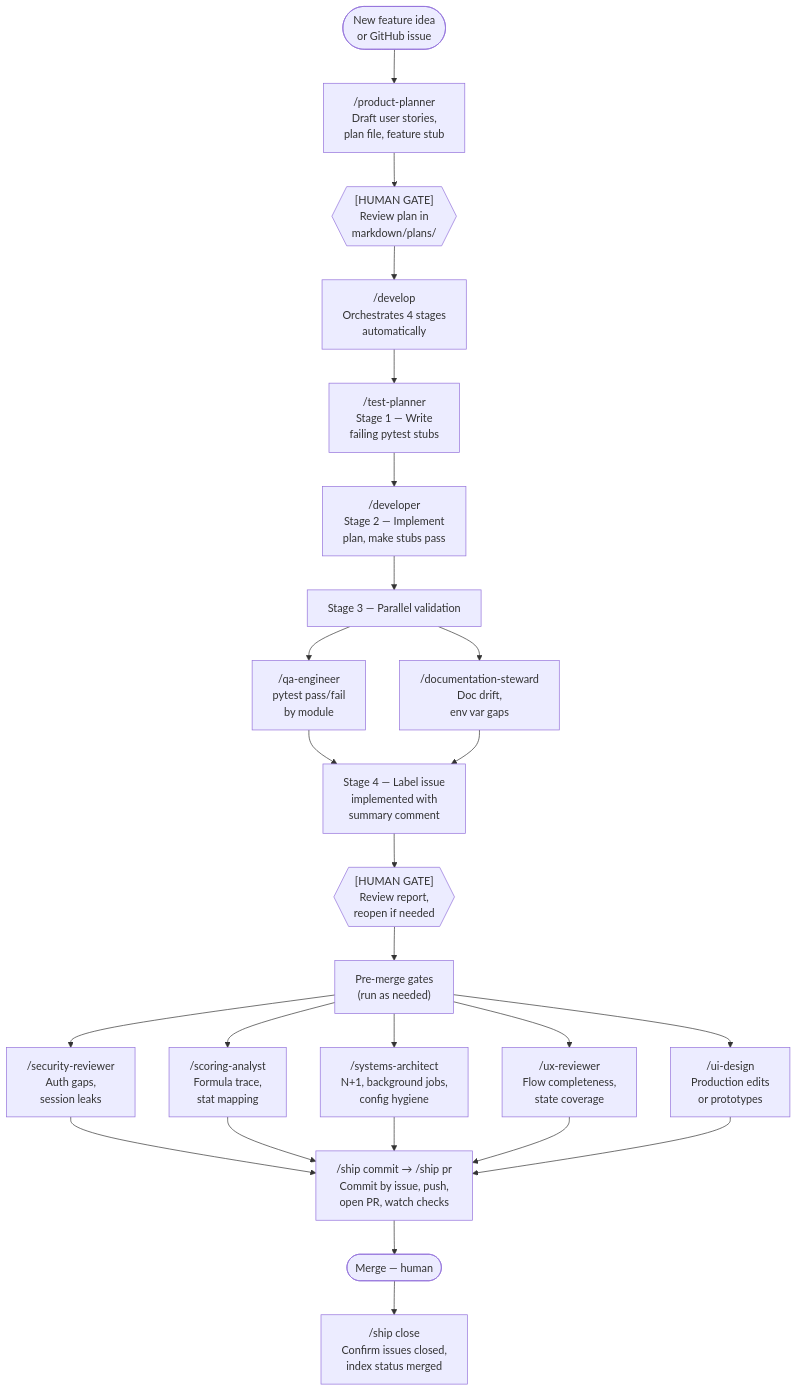
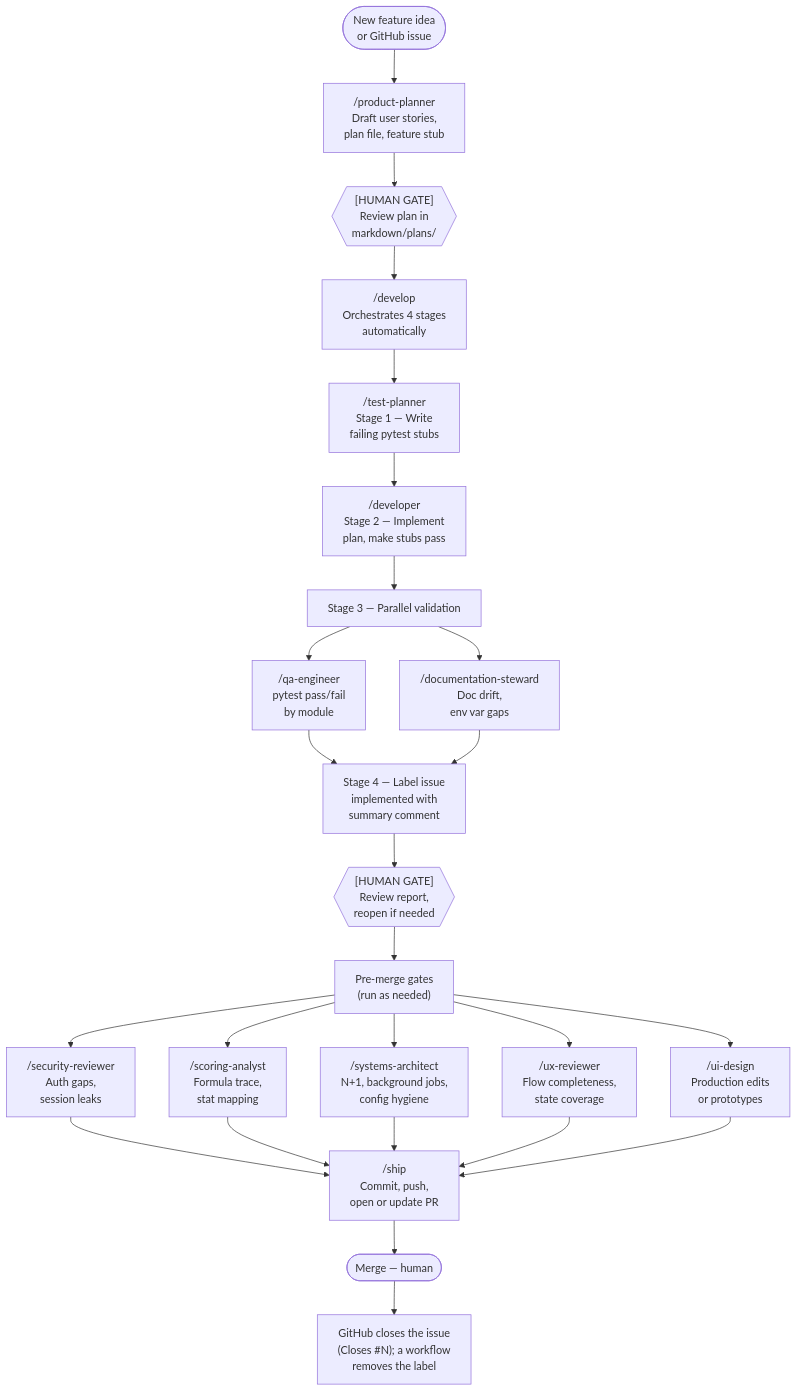
One commit to ville-solja/FantasyLeague changed the diagram in .claude/commands/README.md. Above: the diagram before and after it, drawn with Mermaid. The commit also changed other lines of this file and 25 other files, not shown here.

````diff
--- a/.claude/commands/README.md
+++ b/.claude/commands/README.md
@@ -20,64 +20,64 @@
 ```mermaid
 flowchart TD
     IDEA([New feature idea\nor GitHub issue])
 
     PLAN["/product-planner\nDraft user stories,\nplan file, feature stub"]
 
     REVIEW_PLAN{{"[HUMAN GATE]\nReview plan in\nmarkdown/plans/"}}
 
     DEVELOP["/develop\nOrchestrates 4 stages\nautomatically"]
 
     STUBS["/test-planner\nStage 1 — Write\nfailing pytest stubs"]
 
     IMPL["/developer\nStage 2 — Implement\nplan, make stubs pass"]
 
     VALID["Stage 3 — Parallel validation"]
 
     QA["/qa-engineer\npytest pass/fail\nby module"]
 
     DOCS["/documentation-steward\nDoc drift,\nenv var gaps"]
 
     CLOSE["Stage 4 — Label issue\nimplemented with\nsummary comment"]
 
     REVIEW_CODE{{"[HUMAN GATE]\nReview report,\nreopen if needed"}}
 
     GATES["Pre-merge gates\n(run as needed)"]
 
     SEC["/security-reviewer\nAuth gaps,\nsession leaks"]
 
     SCORE["/scoring-analyst\nFormula trace,\nstat mapping"]
 
     ARCH["/systems-architect\nN+1, background jobs,\nconfig hygiene"]
 
     UX["/ux-reviewer\nFlow completeness,\nstate coverage"]
 
     UI["/ui-design\nProduction edits\nor prototypes"]
 
-    SHIP["/ship commit → /ship pr\nCommit by issue, push,\nopen PR, watch checks"]
+    SHIP["/ship\nCommit, push,\nopen or update PR"]
 
     MERGE([Merge — human])
 
-    SHIPCLOSE["/ship close\nConfirm issues closed,\nindex status merged"]
+    SHIPCLOSE["GitHub closes the issue\n(Closes #N); a workflow\nremoves the label"]
 
     IDEA --> PLAN
     PLAN --> REVIEW_PLAN
     REVIEW_PLAN --> DEVELOP
     DEVELOP --> STUBS --> IMPL --> VALID
     VALID --> QA
     VALID --> DOCS
     QA --> CLOSE
     DOCS --> CLOSE
     CLOSE --> REVIEW_CODE
     REVIEW_CODE --> GATES
     GATES --> SEC
     GATES --> SCORE
     GATES --> ARCH
     GATES --> UX
     GATES --> UI
     SEC --> SHIP
     SCORE --> SHIP
     ARCH --> SHIP
     UX --> SHIP
     UI --> SHIP
     SHIP --> MERGE --> SHIPCLOSE
 ```
````
